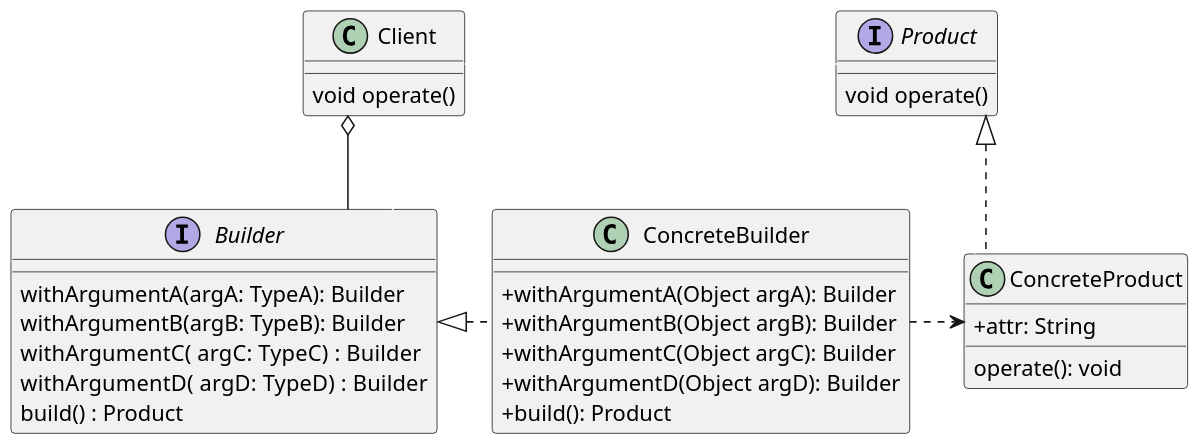
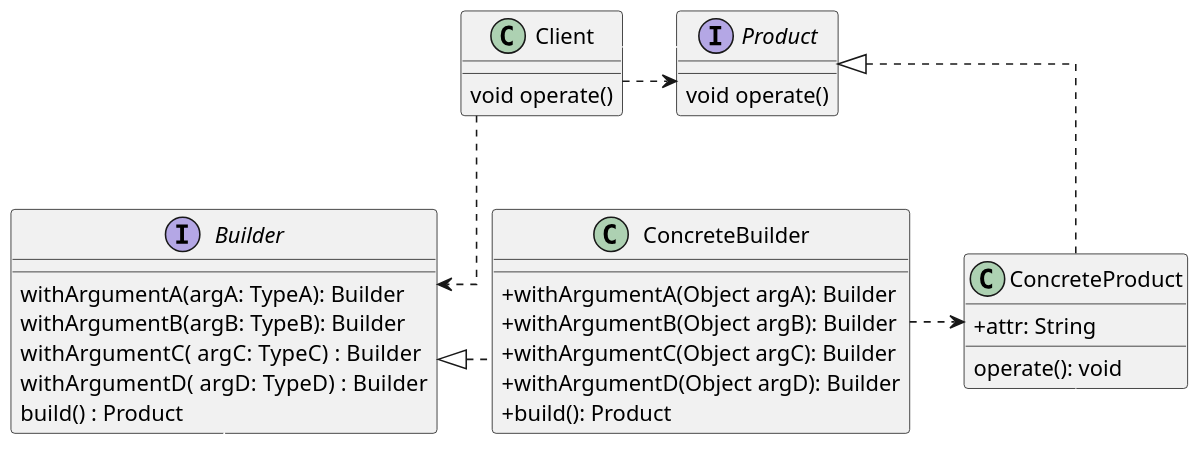
One commit to weigangs/designPatternsLearn changed the diagram in uml/Builder.puml. Above: the diagram before and after it, drawn with PlantUML. The commit also changed 5 other files, not shown here.

```diff
--- a/uml/Builder.puml
+++ b/uml/Builder.puml
@@ -1,47 +1,48 @@
 @startuml
 
 skinparam classAttributeIconSize 0
 skinparam linetype ortho
 skinparam defaultTextAlignment center
 skinparam dpi 150
 ' up to down direction
 
 interface Product {
     void operate()
 }
 
 class ConcreteProduct {
     +attr: String 
      operate(): void
 }
 
 interface Builder {
      withArgumentA(argA: TypeA): Builder
      withArgumentB(argB: TypeB): Builder
      withArgumentC( argC: TypeC)  : Builder
      withArgumentD( argD: TypeD)  : Builder
      build() : Product
 }
 
 class ConcreteBuilder  {
      + withArgumentA(Object argA): Builder
      + withArgumentB(Object argB): Builder
      + withArgumentC(Object argC): Builder
      + withArgumentD(Object argD): Builder
      + build(): Product
 }
 
 
 
 class Client {
     void operate()
 }
 
 ConcreteProduct .up|> Product
 ConcreteBuilder .up|> Builder
 ConcreteBuilder ..right> ConcreteProduct
 Client  -[#white]> Product
 ConcreteProduct  -[#white]> Builder
 
-Client o--down Builder
+Client ..down> Builder
+Client ..down> Product
 @enduml
```
